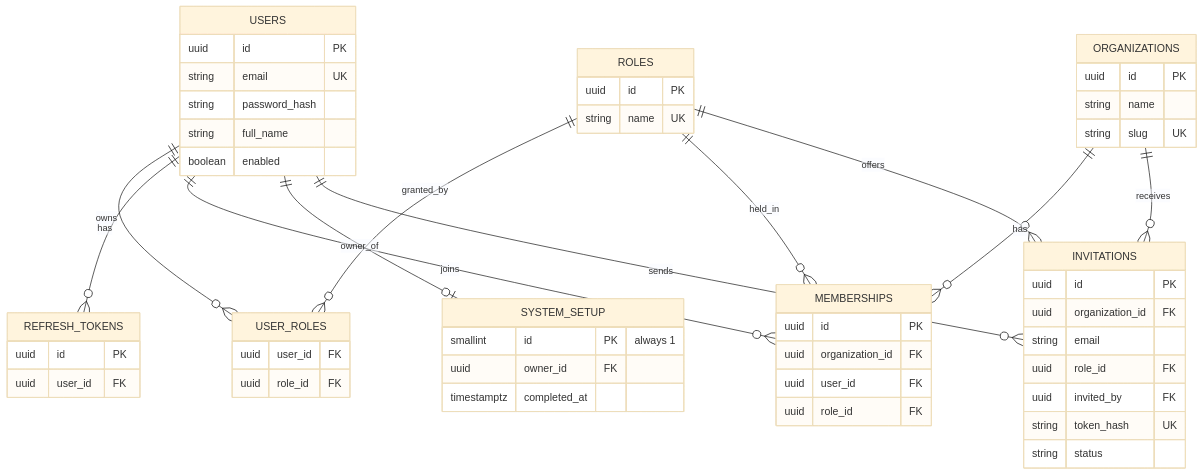
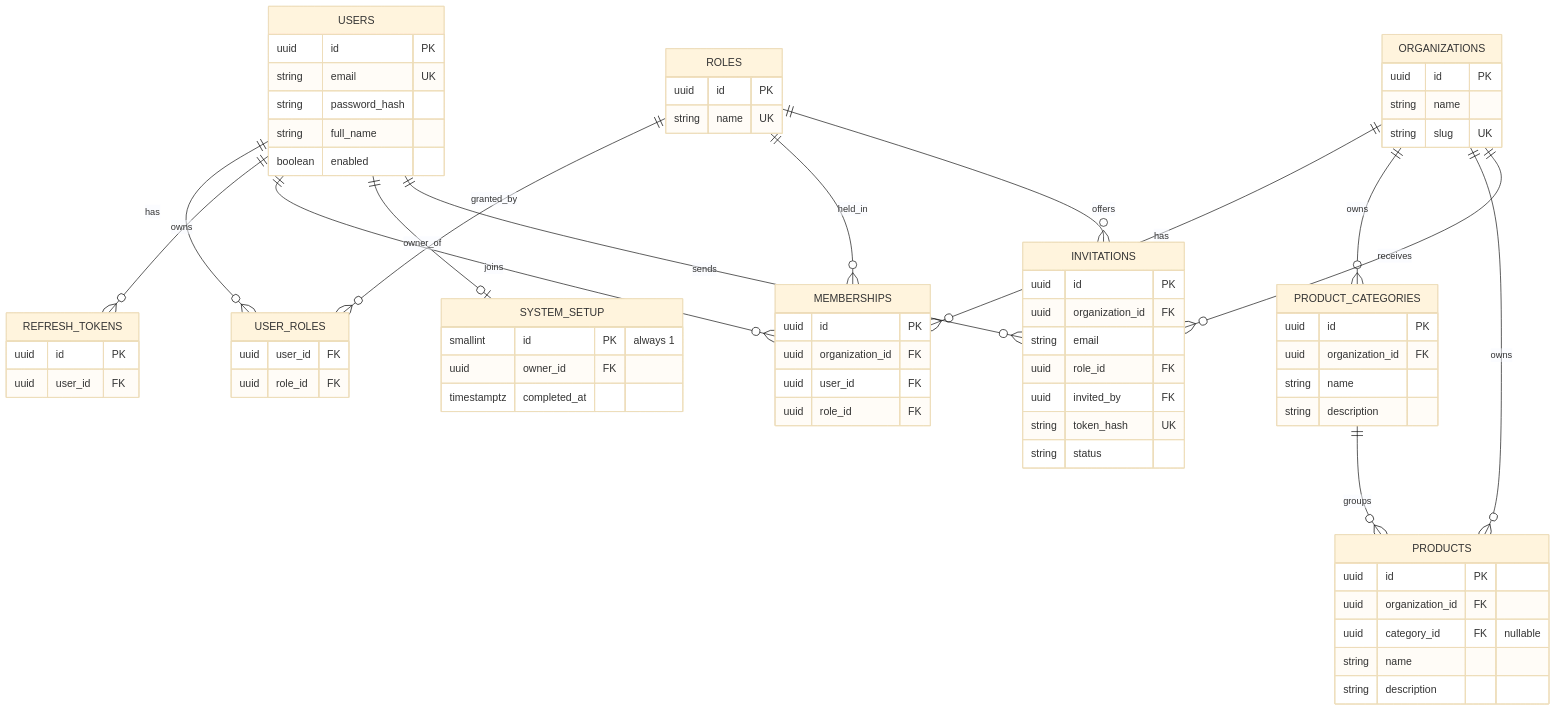
One commit to Mutiur03/CSE3220_Connecta changed the second of 2 diagrams in README.md. Above: the diagram before and after it, drawn with Mermaid (base theme). The commit also changed 1 other file, not shown here.

Commit message:
docs(docs): add product tables to ER diagram and pattern list

````diff
--- a/README.md
+++ b/README.md
@@ -87,41 +87,53 @@
 ```mermaid
 erDiagram
     USERS ||--o{ USER_ROLES : has
     ROLES ||--o{ USER_ROLES : granted_by
     USERS ||--o{ REFRESH_TOKENS : owns
     USERS { uuid id PK
         string email UK
         string password_hash
         string full_name
         boolean enabled }
     ROLES { uuid id PK
         string name UK }
     USER_ROLES { uuid user_id FK
         uuid role_id FK }
     REFRESH_TOKENS { uuid id PK
         uuid user_id FK }
     ORGANIZATIONS ||--o{ MEMBERSHIPS : has
     USERS ||--o{ MEMBERSHIPS : joins
     ROLES ||--o{ MEMBERSHIPS : held_in
     ORGANIZATIONS { uuid id PK
         string name
         string slug UK }
     MEMBERSHIPS { uuid id PK
         uuid organization_id FK
         uuid user_id FK
         uuid role_id FK }
     USERS ||--o| SYSTEM_SETUP : owner_of
     SYSTEM_SETUP { smallint id PK "always 1"
         uuid owner_id FK
         timestamptz completed_at }
+    ORGANIZATIONS ||--o{ PRODUCT_CATEGORIES : owns
+    ORGANIZATIONS ||--o{ PRODUCTS : owns
+    PRODUCT_CATEGORIES ||--o{ PRODUCTS : groups
+    PRODUCT_CATEGORIES { uuid id PK
+        uuid organization_id FK
+        string name
+        string description }
+    PRODUCTS { uuid id PK
+        uuid organization_id FK
+        uuid category_id FK "nullable"
+        string name
+        string description }
     ORGANIZATIONS ||--o{ INVITATIONS : receives
     ROLES ||--o{ INVITATIONS : offers
     USERS ||--o{ INVITATIONS : sends
     INVITATIONS { uuid id PK
         uuid organization_id FK
         string email
         uuid role_id FK
         uuid invited_by FK
         string token_hash UK
         string status }
 ```
````
